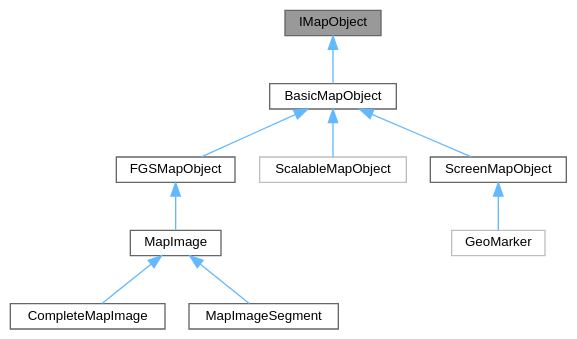
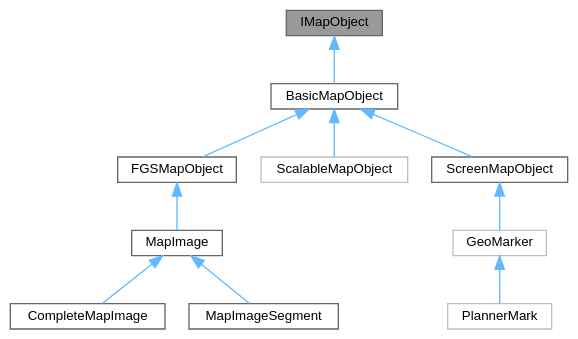
One commit to whs31/quasar-software changed the diagram in docs/dd/d5e/class_quasar_s_d_k_1_1_map_1_1_i_map_object__inherit__graph.dot. Above: the diagram before and after it, drawn with Graphviz. The commit also changed 65 other files, not shown here.

```diff
--- a/docs/dd/d5e/class_quasar_s_d_k_1_1_map_1_1_i_map_object__inherit__graph.dot
+++ b/docs/dd/d5e/class_quasar_s_d_k_1_1_map_1_1_i_map_object__inherit__graph.dot
@@ -1,25 +1,27 @@
 digraph "IMapObject"
 {
  // INTERACTIVE_SVG=YES
  // LATEX_PDF_SIZE
   bgcolor="transparent";
   edge [fontname=Helvetica,fontsize=10,labelfontname=Helvetica,labelfontsize=10];
   node [fontname=Helvetica,fontsize=10,shape=box,height=0.2,width=0.4];
   Node1 [id="Node000001",label="IMapObject",height=0.2,width=0.4,color="gray40", fillcolor="grey60", style="filled", fontcolor="black",tooltip="Интерфейс, описывающий абстрактный объект карты."];
   Node1 -> Node2 [id="edge1_Node000001_Node000002",dir="back",color="steelblue1",style="solid",tooltip=" "];
   Node2 [id="Node000002",label="BasicMapObject",height=0.2,width=0.4,color="gray40", fillcolor="white", style="filled",URL="$d7/ddf/class_quasar_s_d_k_1_1_map_1_1_basic_map_object.html",tooltip="Абстрактный класс, реализующий функции интерфейса IMapObject, за исключением масштаба."];
   Node2 -> Node3 [id="edge2_Node000002_Node000003",dir="back",color="steelblue1",style="solid",tooltip=" "];
   Node3 [id="Node000003",label="FGSMapObject",height=0.2,width=0.4,color="gray40", fillcolor="white", style="filled",URL="$d9/dd3/class_quasar_s_d_k_1_1_map_1_1_f_g_s_map_object.html",tooltip="Базовый класс для объектов карты, которые имеют четкую привязку в метрах по размеру."];
   Node3 -> Node4 [id="edge3_Node000003_Node000004",dir="back",color="steelblue1",style="solid",tooltip=" "];
   Node4 [id="Node000004",label="MapImage",height=0.2,width=0.4,color="gray40", fillcolor="white", style="filled",URL="$df/d2b/class_quasar_s_d_k_1_1_map_1_1_map_image.html",tooltip="Абстрактный класс, описывающий радиолокационное изображение в качестве объекта карты."];
   Node4 -> Node5 [id="edge4_Node000004_Node000005",dir="back",color="steelblue1",style="solid",tooltip=" "];
   Node5 [id="Node000005",label="CompleteMapImage",height=0.2,width=0.4,color="gray40", fillcolor="white", style="filled",URL="$dc/dc3/class_quasar_s_d_k_1_1_map_1_1_complete_map_image.html",tooltip="Радиолокационное изображение на карте, сохраненное в файл."];
   Node4 -> Node6 [id="edge5_Node000004_Node000006",dir="back",color="steelblue1",style="solid",tooltip=" "];
   Node6 [id="Node000006",label="MapImageSegment",height=0.2,width=0.4,color="gray40", fillcolor="white", style="filled",URL="$d1/d05/class_quasar_s_d_k_1_1_map_1_1_map_image_segment.html",tooltip="Сегмент или полное радиолокационное изображение на карте, сохраненное в Base64-строке."];
   Node2 -> Node7 [id="edge6_Node000002_Node000007",dir="back",color="steelblue1",style="solid",tooltip=" "];
   Node7 [id="Node000007",label="ScalableMapObject",height=0.2,width=0.4,color="grey75", fillcolor="white", style="filled",URL="$da/d1a/class_quasar_s_d_k_1_1_map_1_1_scalable_map_object.html",tooltip=" "];
   Node2 -> Node8 [id="edge7_Node000002_Node000008",dir="back",color="steelblue1",style="solid",tooltip=" "];
   Node8 [id="Node000008",label="ScreenMapObject",height=0.2,width=0.4,color="gray40", fillcolor="white", style="filled",URL="$d5/daf/class_quasar_s_d_k_1_1_map_1_1_screen_map_object.html",tooltip="Базовый класс для объектов карты, привязанных по размеру к экрану."];
   Node8 -> Node9 [id="edge8_Node000008_Node000009",dir="back",color="steelblue1",style="solid",tooltip=" "];
   Node9 [id="Node000009",label="GeoMarker",height=0.2,width=0.4,color="grey75", fillcolor="white", style="filled",URL="$d4/d7f/class_map_1_1_geo_marker.html",tooltip=" "];
+  Node9 -> Node10 [id="edge9_Node000009_Node000010",dir="back",color="steelblue1",style="solid",tooltip=" "];
+  Node10 [id="Node000010",label="PlannerMark",height=0.2,width=0.4,color="grey75", fillcolor="white", style="filled",URL="$db/d2b/class_map_1_1_planner_mark.html",tooltip=" "];
 }
```
